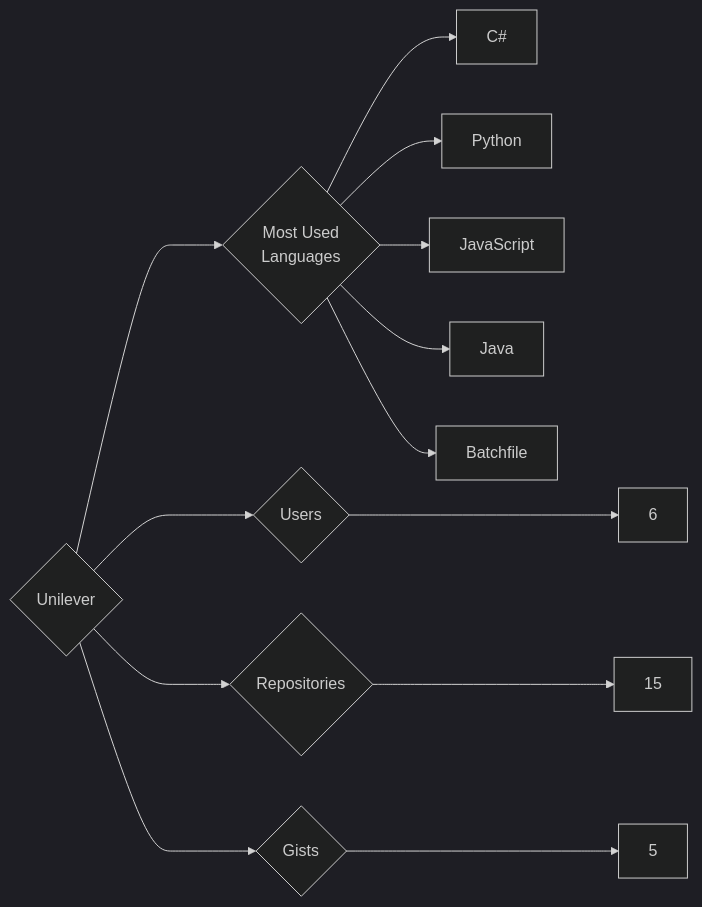
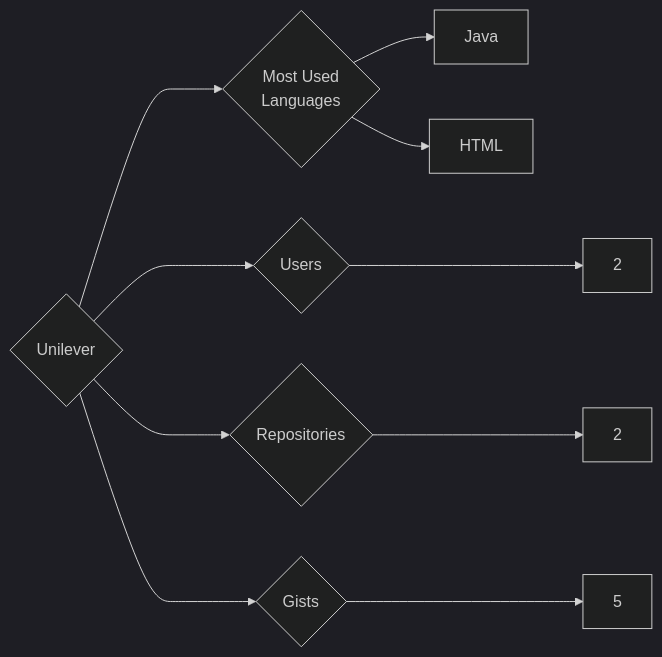
One commit to trickest/insiders changed the diagram in targets/Unilever/README.md. Above: the diagram before and after it, drawn with Mermaid (dark theme). The commit also changed 1248 other files, not shown here.

````diff
--- a/targets/Unilever/README.md
+++ b/targets/Unilever/README.md
@@ -3,13 +3,10 @@
 ```mermaid
 graph LR
 COMPANY_NAME{Unilever}
-COMPANY_NAME ---> U{Users} ---> UN[6]
-COMPANY_NAME ---> R{Repositories} ---> RN[15]
+COMPANY_NAME ---> U{Users} ---> UN[2]
+COMPANY_NAME ---> R{Repositories} ---> RN[2]
 COMPANY_NAME ---> G{Gists} ---> GN[5]
 COMPANY_NAME ---> ML{Most Used<br>Languages}
-ML --> C#[C#]
-ML --> Python[Python]
-ML --> JavaScript[JavaScript]
 ML --> Java[Java]
-ML --> Batchfile[Batchfile]
+ML --> HTML[HTML]
 ```
````
